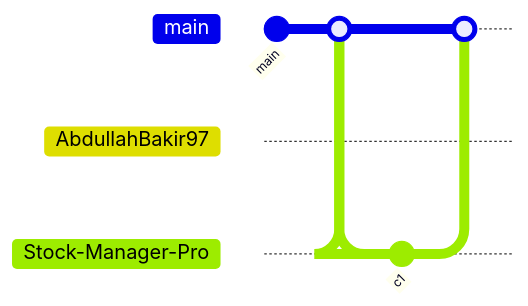
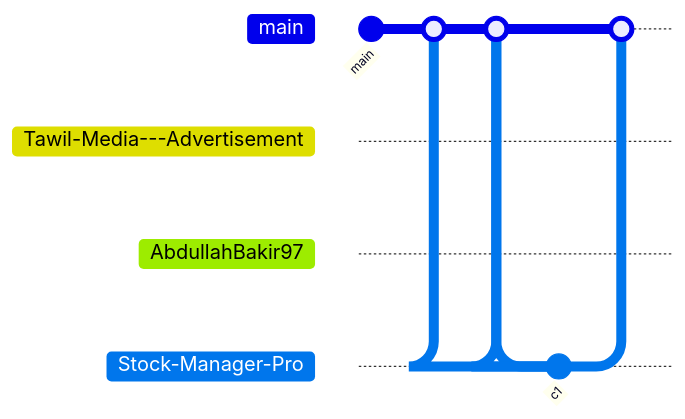
One commit to AbdullahBakir97/AbdullahBakir97 changed the diagram in README.md. Above: the diagram before and after it, drawn with Mermaid. The commit also changed other lines of this file and 16 other files, not shown here.

````diff
--- a/README.md
+++ b/README.md
@@ -336,14 +336,19 @@
 ```mermaid
 gitGraph
    commit id: "main"
+   branch Tawil-Media---Advertisement
+   checkout Tawil-Media---Advertisement
+   commit id: "c1"
+   checkout main
+   merge Tawil-Media---Advertisement
    branch AbdullahBakir97
    checkout AbdullahBakir97
    commit id: "c1"
    checkout main
    merge AbdullahBakir97
    branch Stock-Manager-Pro
    checkout Stock-Manager-Pro
    commit id: "c1"
    checkout main
    merge Stock-Manager-Pro
 ```
````
